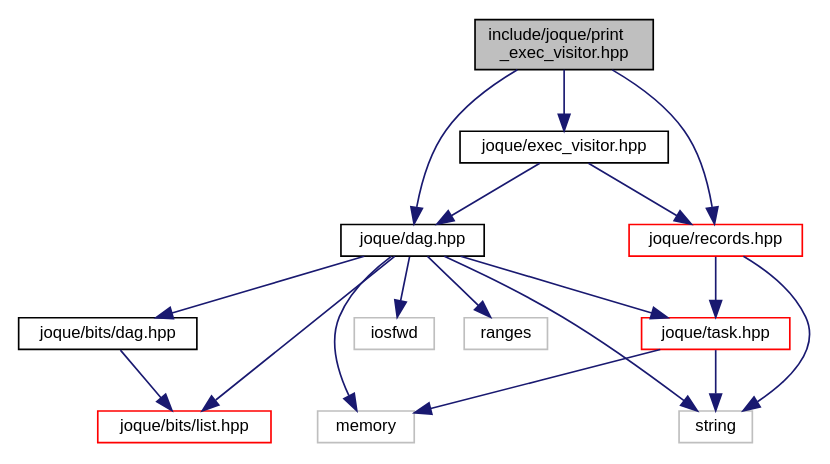
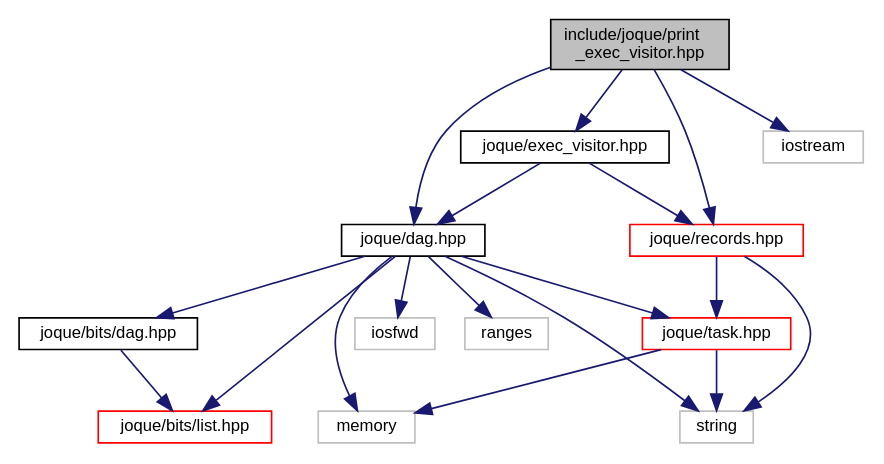
Before and after one commit to koniarik/joque: the diagram in print__exec__visitor_8hpp__incl.dot, drawn with Graphviz. The commit also changed 256 other files, not shown here.

```diff
--- a/print__exec__visitor_8hpp__incl.dot
+++ b/print__exec__visitor_8hpp__incl.dot
@@ -1,34 +1,36 @@
 digraph "include/joque/print_exec_visitor.hpp"
 {
  // LATEX_PDF_SIZE
   edge [fontname="Helvetica",fontsize="10",labelfontname="Helvetica",labelfontsize="10"];
   node [fontname="Helvetica",fontsize="10",shape=record];
   Node1 [label="include/joque/print\l_exec_visitor.hpp",height=0.2,width=0.4,color="black", fillcolor="grey75", style="filled", fontcolor="black",tooltip=" "];
   Node1 -> Node2 [color="midnightblue",fontsize="10",style="solid",fontname="Helvetica"];
   Node2 [label="joque/dag.hpp",height=0.2,width=0.4,color="black", fillcolor="white", style="filled",URL="$dag_8hpp.html",tooltip=" "];
   Node2 -> Node3 [color="midnightblue",fontsize="10",style="solid",fontname="Helvetica"];
   Node3 [label="joque/bits/dag.hpp",height=0.2,width=0.4,color="black", fillcolor="white", style="filled",URL="$bits_2dag_8hpp.html",tooltip=" "];
   Node3 -> Node4 [color="midnightblue",fontsize="10",style="solid",fontname="Helvetica"];
   Node4 [label="joque/bits/list.hpp",height=0.2,width=0.4,color="red", fillcolor="white", style="filled",URL="$list_8hpp.html",tooltip=" "];
   Node2 -> Node4 [color="midnightblue",fontsize="10",style="solid",fontname="Helvetica"];
   Node2 -> Node11 [color="midnightblue",fontsize="10",style="solid",fontname="Helvetica"];
   Node11 [label="joque/task.hpp",height=0.2,width=0.4,color="red", fillcolor="white", style="filled",URL="$task_8hpp.html",tooltip=" "];
   Node11 -> Node19 [color="midnightblue",fontsize="10",style="solid",fontname="Helvetica"];
   Node19 [label="memory",height=0.2,width=0.4,color="grey75", fillcolor="white", style="filled",tooltip=" "];
   Node11 -> Node15 [color="midnightblue",fontsize="10",style="solid",fontname="Helvetica"];
   Node15 [label="string",height=0.2,width=0.4,color="grey75", fillcolor="white", style="filled",tooltip=" "];
   Node2 -> Node24 [color="midnightblue",fontsize="10",style="solid",fontname="Helvetica"];
   Node24 [label="iosfwd",height=0.2,width=0.4,color="grey75", fillcolor="white", style="filled",tooltip=" "];
   Node2 -> Node19 [color="midnightblue",fontsize="10",style="solid",fontname="Helvetica"];
   Node2 -> Node25 [color="midnightblue",fontsize="10",style="solid",fontname="Helvetica"];
   Node25 [label="ranges",height=0.2,width=0.4,color="grey75", fillcolor="white", style="filled",tooltip=" "];
   Node2 -> Node15 [color="midnightblue",fontsize="10",style="solid",fontname="Helvetica"];
   Node1 -> Node26 [color="midnightblue",fontsize="10",style="solid",fontname="Helvetica"];
   Node26 [label="joque/exec_visitor.hpp",height=0.2,width=0.4,color="black", fillcolor="white", style="filled",URL="$exec__visitor_8hpp.html",tooltip=" "];
   Node26 -> Node2 [color="midnightblue",fontsize="10",style="solid",fontname="Helvetica"];
   Node26 -> Node27 [color="midnightblue",fontsize="10",style="solid",fontname="Helvetica"];
   Node27 [label="joque/records.hpp",height=0.2,width=0.4,color="red", fillcolor="white", style="filled",URL="$records_8hpp.html",tooltip=" "];
   Node27 -> Node11 [color="midnightblue",fontsize="10",style="solid",fontname="Helvetica"];
   Node27 -> Node15 [color="midnightblue",fontsize="10",style="solid",fontname="Helvetica"];
   Node1 -> Node27 [color="midnightblue",fontsize="10",style="solid",fontname="Helvetica"];
+  Node1 -> Node30 [color="midnightblue",fontsize="10",style="solid",fontname="Helvetica"];
+  Node30 [label="iostream",height=0.2,width=0.4,color="grey75", fillcolor="white", style="filled",tooltip=" "];
 }
```
